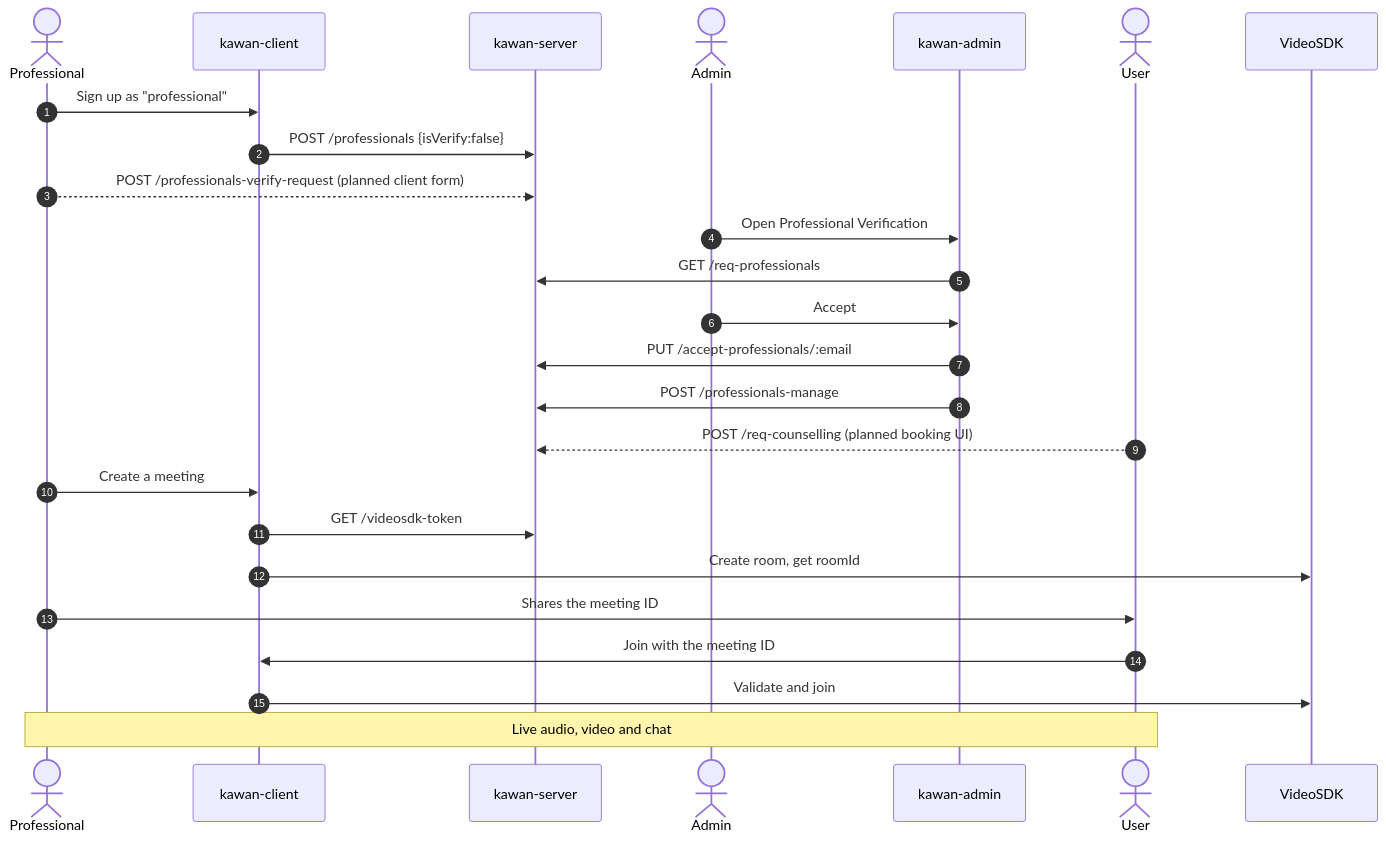
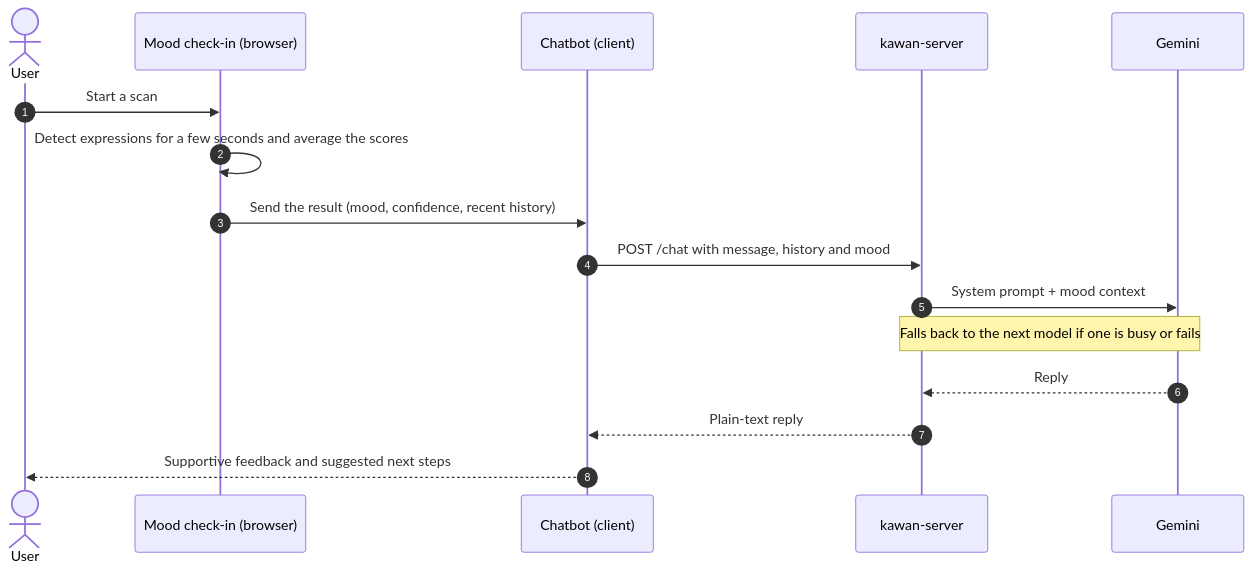
The second of 6 diagrams in README.md (mahfuzhasanreza/kawan), drawn with Mermaid before and after one commit. The commit also changed other lines of this file, not shown here.

Commit message:
chore: update submodule references for client, admin, and server

````diff
--- a/README.md
+++ b/README.md
@@ -228,28 +198,19 @@
 ```mermaid
 sequenceDiagram
     autonumber
-    actor P as Professional
-    participant C as kawan-client
+    actor U as User
+    participant FD as Mood check-in (browser)
+    participant C as Chatbot (client)
     participant S as kawan-server
-    actor A as Admin
-    participant AD as kawan-admin
-    actor U as User
-    participant V as VideoSDK
+    participant G as Gemini
 
-    P->>C: Sign up as "professional"
-    C->>S: POST /professionals {isVerify:false}
-    P-->>S: POST /professionals-verify-request (planned client form)
-    A->>AD: Open Professional Verification
-    AD->>S: GET /req-professionals
-    A->>AD: Accept
-    AD->>S: PUT /accept-professionals/:email
-    AD->>S: POST /professionals-manage
-    U-->>S: POST /req-counselling (planned booking UI)
-    P->>C: Create a meeting
-    C->>S: GET /videosdk-token
-    C->>V: Create room, get roomId
-    P->>U: Shares the meeting ID
-    U->>C: Join with the meeting ID
-    C->>V: Validate and join
-    Note over P,U: Live audio, video and chat
+    U->>FD: Start a scan
+    FD->>FD: Detect expressions for a few seconds and average the scores
+    FD->>C: Send the result (mood, confidence, recent history)
+    C->>S: POST /chat with message, history and mood
+    S->>G: System prompt + mood context
+    Note over S,G: Falls back to the next model if one is busy or fails
+    G-->>S: Reply
+    S-->>C: Plain-text reply
+    C-->>U: Supportive feedback and suggested next steps
 ```
````
